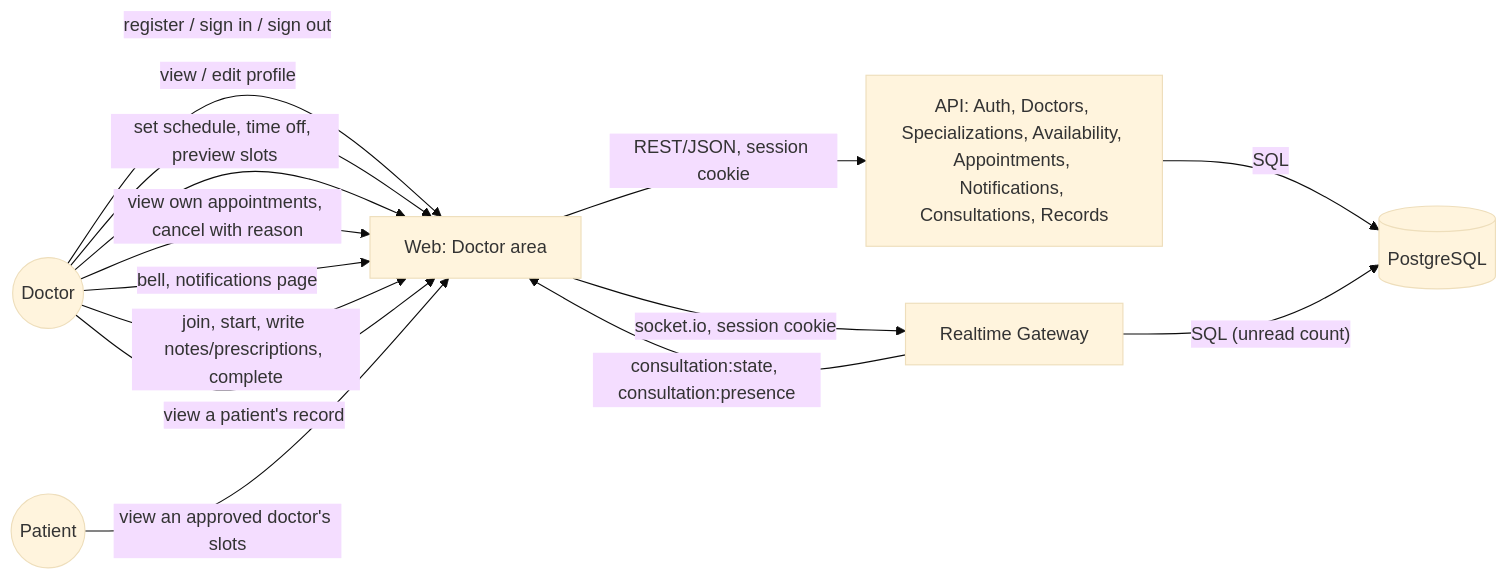
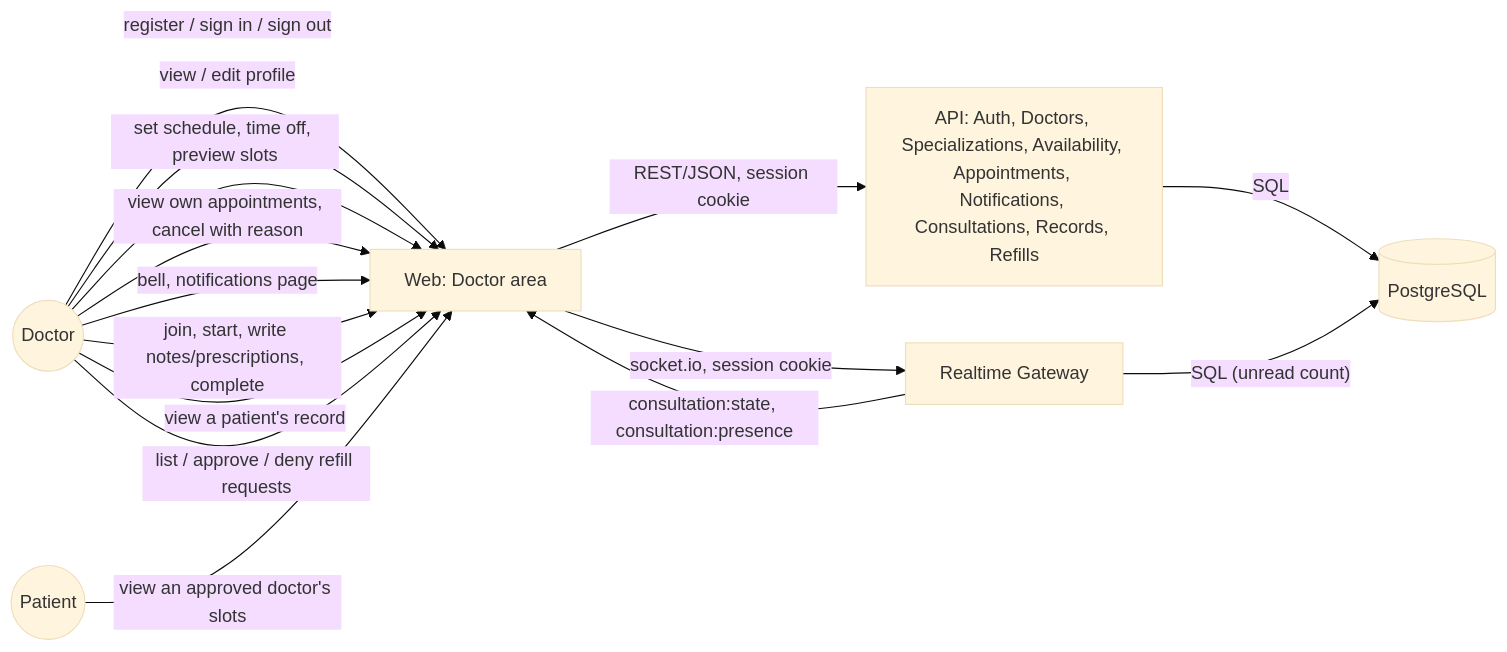
One commit to alhexjustine/telehealth changed the first of 2 diagrams in docs/modules/doctor.md. Above: the diagram before and after it, drawn with Mermaid (base theme). The commit also changed other lines of this file and 38 other files, not shown here.

First line of the commit message:
feat: add prescription refill requests (add-prescription-refills)

````diff
--- a/docs/modules/doctor.md
+++ b/docs/modules/doctor.md
@@ -118,16 +129,17 @@
 ```mermaid
 flowchart LR
   D((Doctor)) -->|"register / sign in / sign out"| W[Web: Doctor area]
   D -->|"view / edit profile"| W
   D -->|"set schedule, time off, preview slots"| W
   D -->|"view own appointments, cancel with reason"| W
   D -->|"bell, notifications page"| W
   D -->|"join, start, write notes/prescriptions, complete"| W
   D -->|"view a patient's record"| W
+  D -->|"list / approve / deny refill requests"| W
   P((Patient)) -->|"view an approved doctor's slots"| W
-  W -->|"REST/JSON, session cookie"| A["API: Auth, Doctors, Specializations, Availability, Appointments, Notifications, Consultations, Records"]
+  W -->|"REST/JSON, session cookie"| A["API: Auth, Doctors, Specializations, Availability, Appointments, Notifications, Consultations, Records, Refills"]
   W -->|"socket.io, session cookie"| RT[Realtime Gateway]
   A -->|"SQL"| DB[(PostgreSQL)]
   RT -->|"SQL (unread count)"| DB
   RT -->|"consultation:state, consultation:presence"| W
 ```
````
